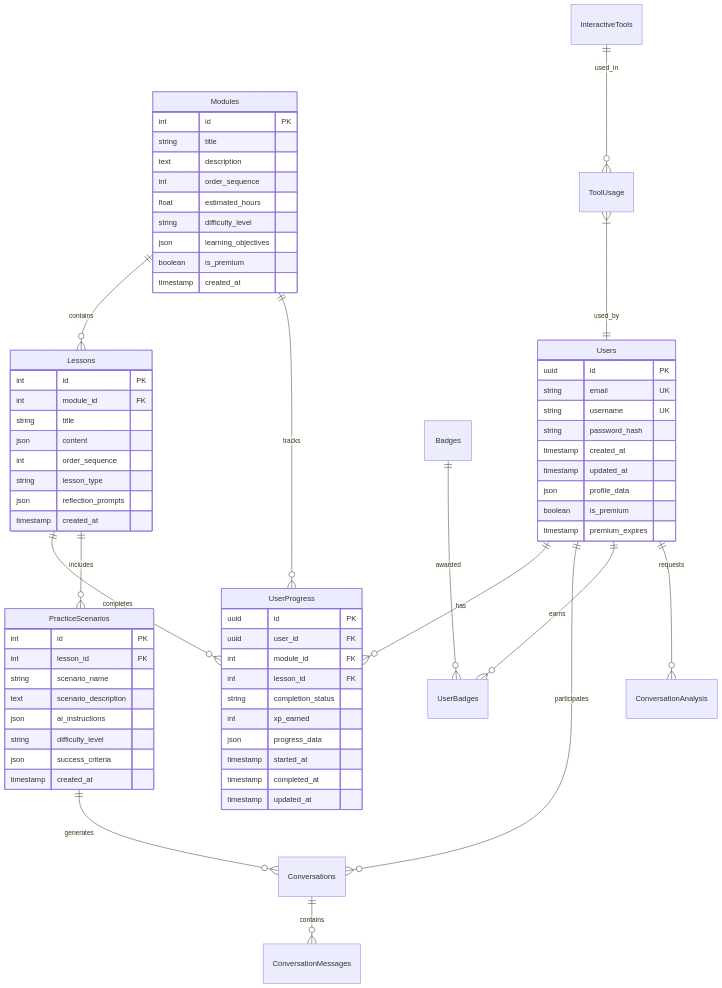
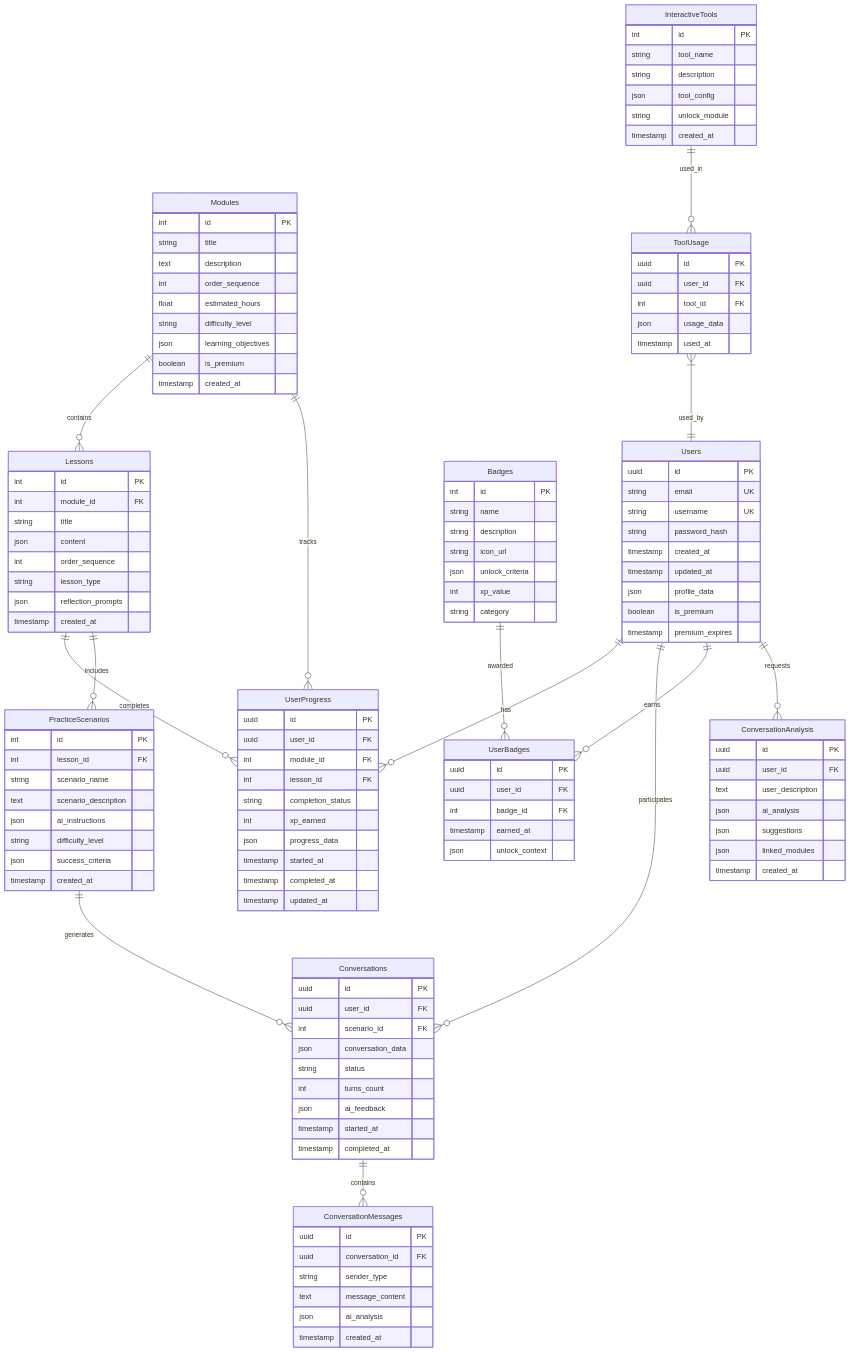
One commit to omnidox/Relational_Life_Practice changed the second of 6 diagrams in docs/TSD/technical-specification-document.md. Above: the diagram before and after it, drawn with Mermaid.

````diff
--- a/docs/TSD/technical-specification-document.md
+++ b/docs/TSD/technical-specification-document.md
@@ -204,4 +204,70 @@
         timestamp completed_at
         timestamp updated_at
     }
+    
+    Conversations {
+        uuid id PK
+        uuid user_id FK
+        int scenario_id FK
+        json conversation_data
+        string status
+        int turns_count
+        json ai_feedback
+        timestamp started_at
+        timestamp completed_at
+    }
+    
+    ConversationMessages {
+        uuid id PK
+        uuid conversation_id FK
+        string sender_type
+        text message_content
+        json ai_analysis
+        timestamp created_at
+    }
+    
+    Badges {
+        int id PK
+        string name
+        string description
+        string icon_url
+        json unlock_criteria
+        int xp_value
+        string category
+    }
+    
+    UserBadges {
+        uuid id PK
+        uuid user_id FK
+        int badge_id FK
+        timestamp earned_at
+        json unlock_context
+    }
+    
+    InteractiveTools {
+        int id PK
+        string tool_name
+        string description
+        json tool_config
+        string unlock_module
+        timestamp created_at
+    }
+    
+    ToolUsage {
+        uuid id PK
+        uuid user_id FK
+        int tool_id FK
+        json usage_data
+        timestamp used_at
+    }
+    
+    ConversationAnalysis {
+        uuid id PK
+        uuid user_id FK
+        text user_description
+        json ai_analysis
+        json suggestions
+        json linked_modules
+        timestamp created_at
+    }
 ```
````
